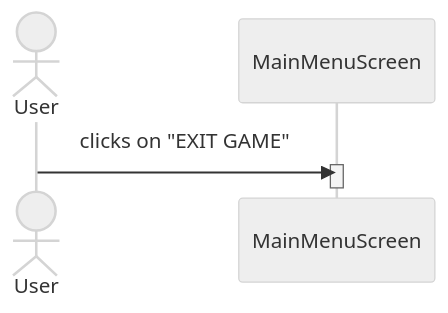
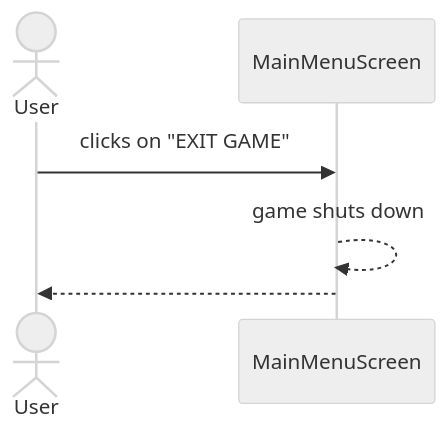
One commit to BIRSAx2/klotski changed the seventh of 10 diagrams in docs/sequence_diagram/index.md. Above: the diagram before and after it, drawn with Mermaid (neutral theme). The commit also changed other lines of this file, not shown here.

Commit message:
Improved internal sequence diagram. Added NextBestMove sequence diagram

````diff
--- a/docs/sequence_diagram/index.md
+++ b/docs/sequence_diagram/index.md
@@ -293,7 +332,7 @@
 ```mermaid
 sequenceDiagram
     actor User
     User ->> MainMenuScreen : clicks on "EXIT GAME"
-    activate MainMenuScreen
-    deactivate MainMenuScreen
+    MainMenuScreen -->> MainMenuScreen: game shuts down
+    MainMenuScreen -->> User: 
 ```
````
